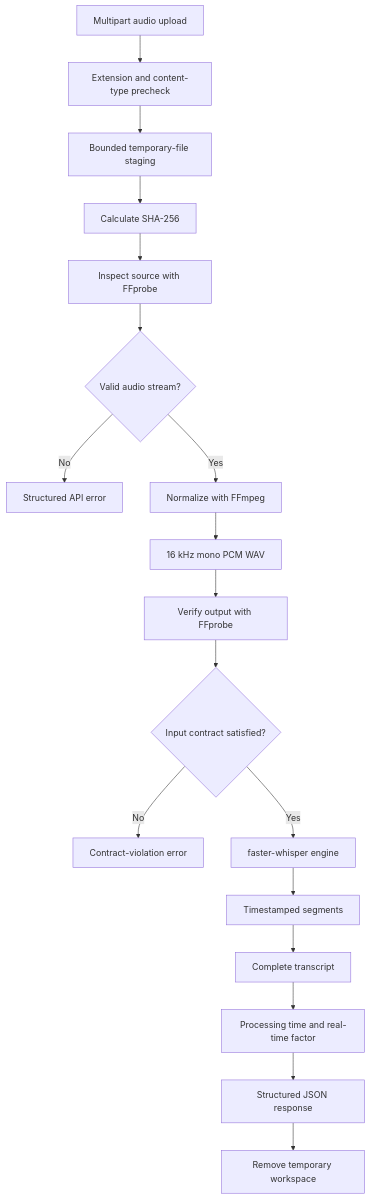
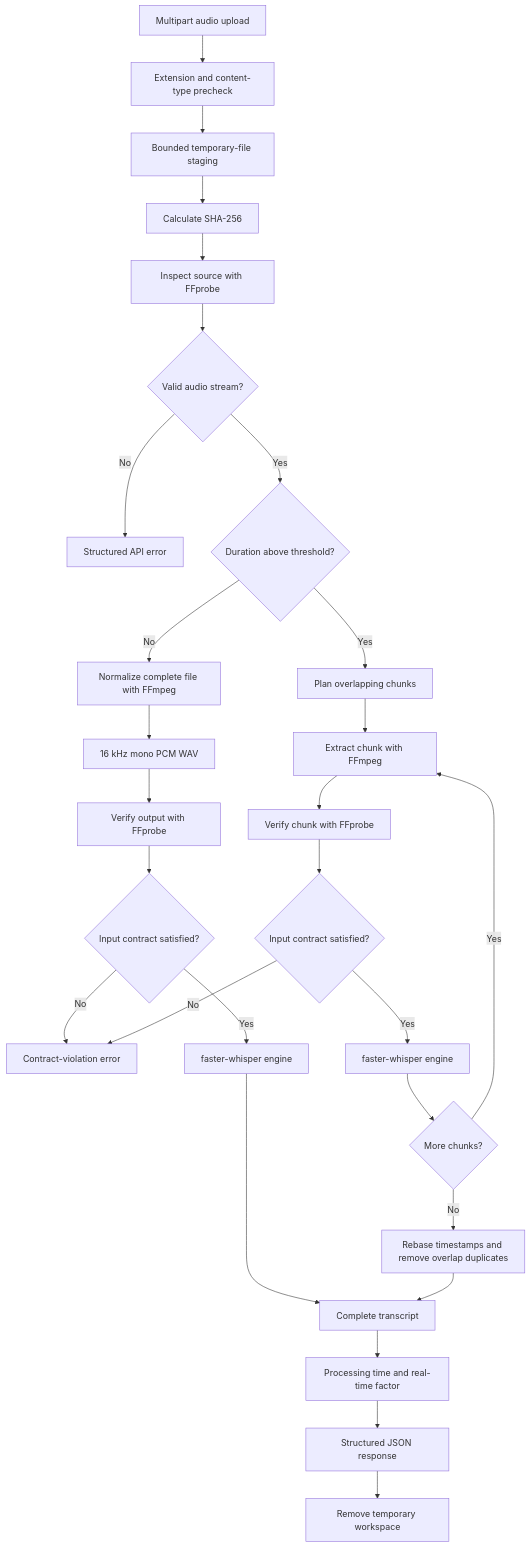
Before and after one commit to aizazmahmood/speech-transcription-service: the second of 5 diagrams in README.md, drawn with Mermaid. The commit also changed other lines of this file and 18 other files, not shown here.

````diff
--- a/README.md
+++ b/README.md
@@ -77,25 +91,35 @@
 ```mermaid
 flowchart TD
     Upload[Multipart audio upload]
     Upload --> Precheck[Extension and content-type precheck]
     Precheck --> Stage[Bounded temporary-file staging]
     Stage --> Hash[Calculate SHA-256]
     Hash --> SourceProbe[Inspect source with FFprobe]
 
     SourceProbe --> Valid{Valid audio stream?}
     Valid -->|No| Error[Structured API error]
-    Valid -->|Yes| Normalize[Normalize with FFmpeg]
+    Valid -->|Yes| Selector{Duration above threshold?}
 
+    Selector -->|No| Normalize[Normalize complete file with FFmpeg]
     Normalize --> Normalized[16 kHz mono PCM WAV]
     Normalized --> Verify[Verify output with FFprobe]
-    Verify --> Contract{Input contract satisfied?}
+    Verify --> DirectContract{Input contract satisfied?}
+    DirectContract -->|No| ContractError[Contract-violation error]
+    DirectContract -->|Yes| DirectWhisper[faster-whisper engine]
 
-    Contract -->|No| ContractError[Contract-violation error]
-    Contract -->|Yes| Whisper[faster-whisper engine]
+    Selector -->|Yes| PlanChunks[Plan overlapping chunks]
+    PlanChunks --> ExtractChunk[Extract chunk with FFmpeg]
+    ExtractChunk --> VerifyChunk[Verify chunk with FFprobe]
+    VerifyChunk --> ChunkContract{Input contract satisfied?}
+    ChunkContract -->|No| ContractError
+    ChunkContract -->|Yes| ChunkWhisper[faster-whisper engine]
+    ChunkWhisper --> MoreChunks{More chunks?}
+    MoreChunks -->|Yes| ExtractChunk
+    MoreChunks -->|No| MergeChunks[Rebase timestamps and remove overlap duplicates]
 
-    Whisper --> Segments[Timestamped segments]
-    Segments --> Transcript[Complete transcript]
+    DirectWhisper --> Transcript[Complete transcript]
+    MergeChunks --> Transcript
     Transcript --> Metrics[Processing time and real-time factor]
     Metrics --> Response[Structured JSON response]
     Response --> Cleanup[Remove temporary workspace]
 ```
````
